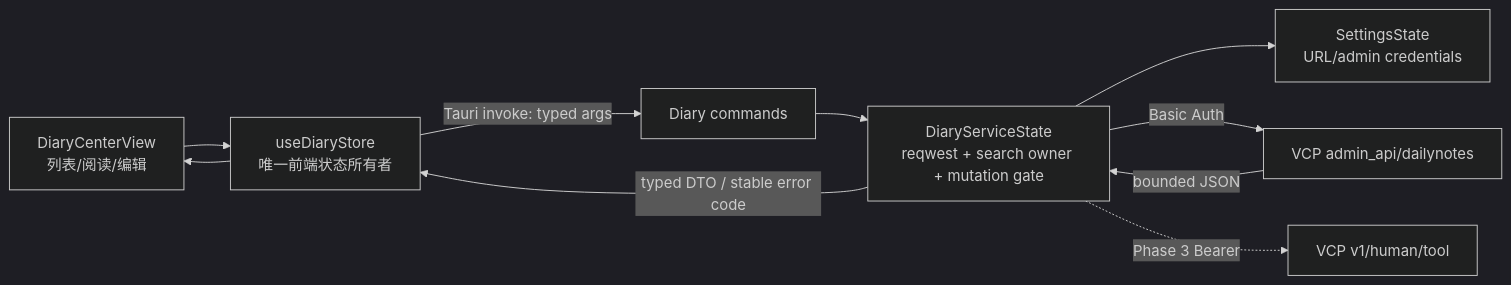
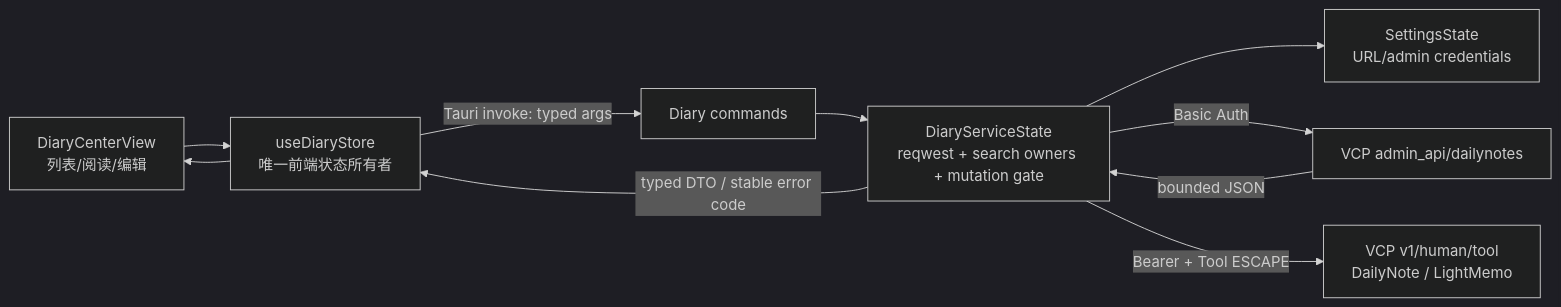
Before and after one commit to MRiecy/VCPMobile: the first of 2 diagrams in plan/vcp-diary-viewer-research/03-VCPMobile技术架构与安全契约.md, drawn with Mermaid (dark theme). The commit also changed other lines of this file and 7 other files, not shown here.

```diff
--- a/plan/vcp-diary-viewer-research/03-VCPMobile技术架构与安全契约.md
+++ b/plan/vcp-diary-viewer-research/03-VCPMobile技术架构与安全契约.md
@@ -8,12 +8,12 @@
 ~~~mermaid
 flowchart LR
     UI[DiaryCenterView<br/>列表/阅读/编辑] --> STORE[useDiaryStore<br/>唯一前端状态所有者]
     STORE -->|Tauri invoke: typed args| CMD[Diary commands]
-    CMD --> SERVICE[DiaryServiceState<br/>reqwest + search owner + mutation gate]
+    CMD --> SERVICE[DiaryServiceState<br/>reqwest + search owners + mutation gate]
     SERVICE --> SETTINGS[SettingsState<br/>URL/admin credentials]
     SERVICE -->|Basic Auth| ADMIN[VCP admin_api/dailynotes]
-    SERVICE -. Phase 3 Bearer .-> TOOL[VCP v1/human/tool]
+    SERVICE -->|Bearer + Tool ESCAPE| TOOL[VCP v1/human/tool<br/>DailyNote / LightMemo]
     ADMIN -->|bounded JSON| SERVICE
     SERVICE -->|typed DTO / stable error code| STORE
     STORE --> UI
 ~~~
```
